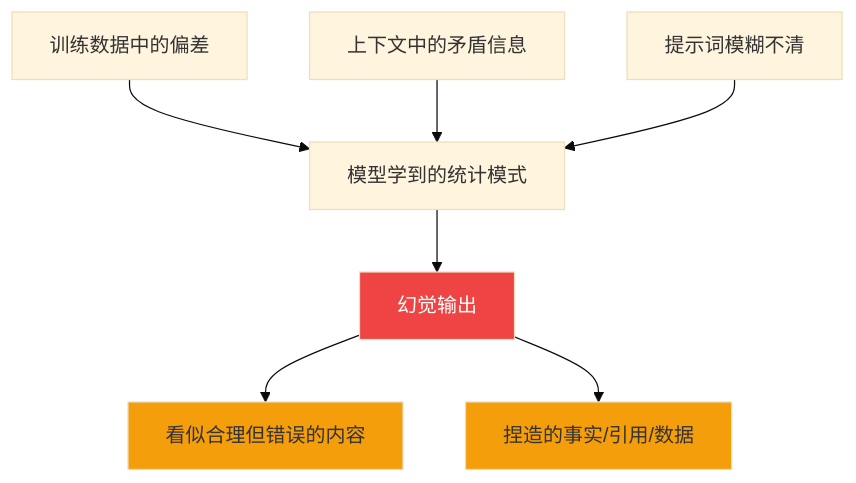
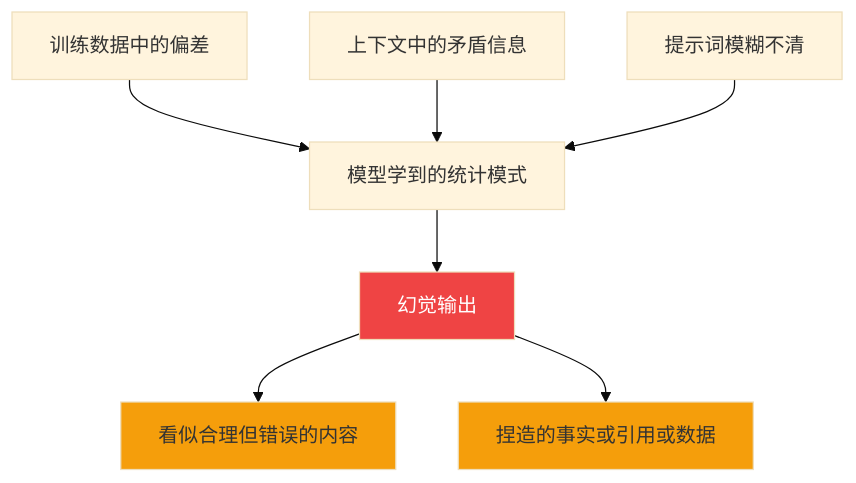
The fourth of 5 diagrams in docs-tools/agentic-ai/02-llm-basics.md (luoboask/fde-learning), drawn with Mermaid (base theme) before and after one commit. The commit also changed other lines of this file and 6 other files, not shown here.

First line of the commit message:
修复 Mermaid 语法错误，增加 05/06 章节技术深度

````diff
--- a/docs-tools/agentic-ai/02-llm-basics.md
+++ b/docs-tools/agentic-ai/02-llm-basics.md
@@ -245,13 +245,13 @@
 ```mermaid
 graph TD
     A[训练数据中的偏差] --> B[模型学到的统计模式]
     C[上下文中的矛盾信息] --> B
     D[提示词模糊不清] --> B
     B --> E[幻觉输出]
     E --> F[看似合理但错误的内容]
-    E --> G[捏造的事实/引用/数据]
+    E --> G[捏造的事实或引用或数据]
 
     style E fill:#ef4444,color:#fff
     style F fill:#f59e0b
     style G fill:#f59e0b
 ```
````
